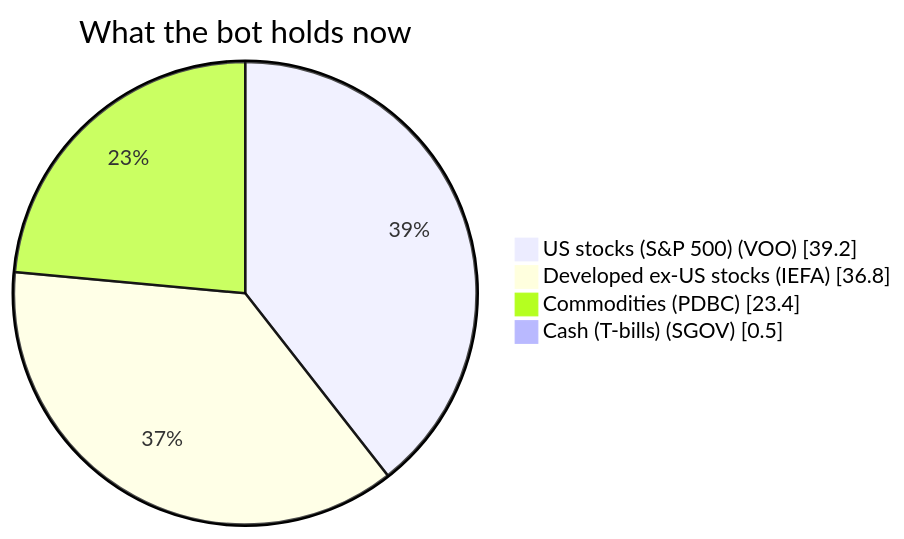
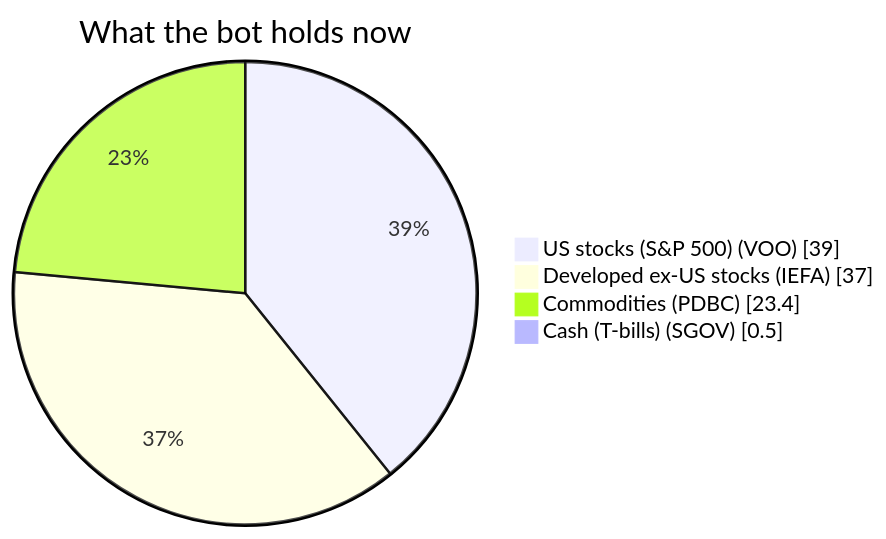
The first of 2 diagrams in 00 - Bot Dashboard.md (owlpowell50-creator/trading-bot), drawn with Mermaid before and after one commit. The commit also changed other lines of this file and 17 other files, not shown here.

````diff
--- a/00 - Bot Dashboard.md
+++ b/00 - Bot Dashboard.md
@@ -43,7 +43,7 @@
 ```mermaid
 pie showData title What the bot holds now
-    "US stocks (S&P 500) (VOO)" : 39.2
-    "Developed ex-US stocks (IEFA)" : 36.8
+    "US stocks (S&P 500) (VOO)" : 39.0
+    "Developed ex-US stocks (IEFA)" : 37.0
     "Commodities (PDBC)" : 23.4
     "Cash (T-bills) (SGOV)" : 0.5
 ```
````
